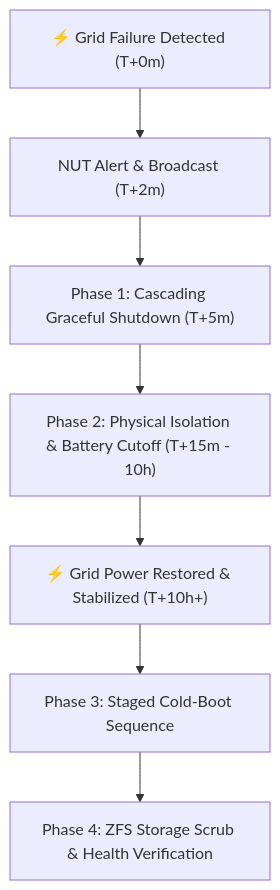
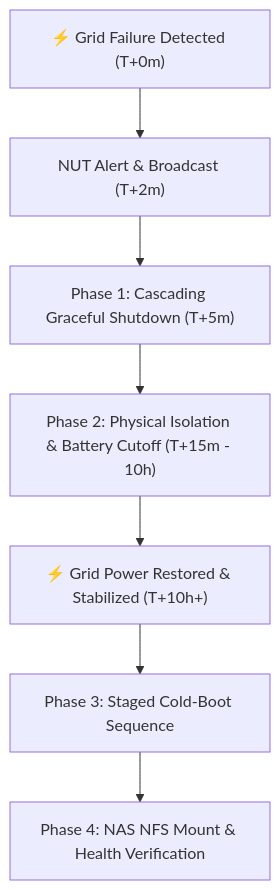
The diagram in wiki/Runbooks-and-Disaster-Recovery.md (stefanutc1/datacenter), drawn with Mermaid before and after one commit. The commit also changed other lines of this file and 3 other files, not shown here.

````diff
--- a/wiki/Runbooks-and-Disaster-Recovery.md
+++ b/wiki/Runbooks-and-Disaster-Recovery.md
@@ -7,9 +7,9 @@
 ```mermaid
 graph TD
     A["⚡ Grid Failure Detected (T+0m)"] --> B["NUT Alert & Broadcast (T+2m)"]
     B --> C["Phase 1: Cascading Graceful Shutdown (T+5m)"]
     C --> D["Phase 2: Physical Isolation & Battery Cutoff (T+15m - 10h)"]
     D --> E["⚡ Grid Power Restored & Stabilized (T+10h+)"]
     E --> F["Phase 3: Staged Cold-Boot Sequence"]
-    F --> G["Phase 4: ZFS Storage Scrub & Health Verification"]
+    F --> G["Phase 4: NAS NFS Mount & Health Verification"]
 ```
````
